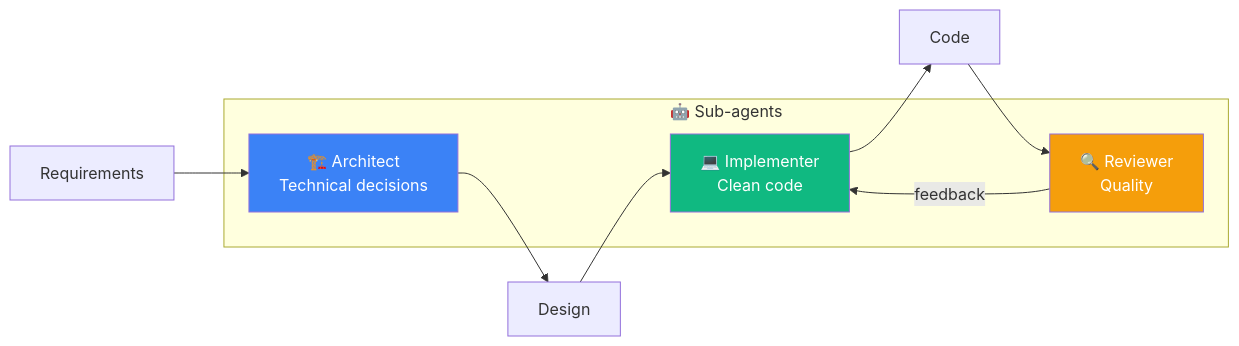
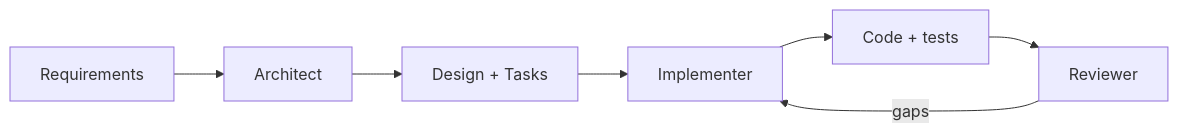
Diagram 13 of 15 in BOOK.en.md (felipefontoura/spec-driven-development-book), drawn with Mermaid before and after one commit. The commit also changed other lines of this file and 4 other files, not shown here.

````diff
--- a/BOOK.en.md
+++ b/BOOK.en.md
@@ -2422,19 +3114,12 @@
 ```mermaid
 flowchart LR
-    subgraph AGENTS["🤖 Sub-agents"]
-        ARC["🏗️ Architect<br/>Technical decisions"]
-        IMP["💻 Implementer<br/>Clean code"]
-        REV["🔍 Reviewer<br/>Quality"]
-    end
+    REQ[Requirements] --> ARC[Architect]
+    ARC --> DES[Design + Tasks]
+    DES --> IMP[Implementer]
+    IMP --> COD[Code + tests]
+    COD --> REV[Reviewer]
+    REV -->|gaps| IMP
 
-    REQ[Requirements] --> ARC
-    ARC --> DES[Design]
-    DES --> IMP
-    IMP --> COD[Code]
-    COD --> REV
-    REV -->|feedback| IMP
-
-    style ARC fill:#3b82f6,color:#fff
-    style IMP fill:#10b981,color:#fff
-    style REV fill:#f59e0b,color:#fff
+    class ARC,IMP,REV accent;
+    class REQ,DES,COD neutral;
 ```
````
